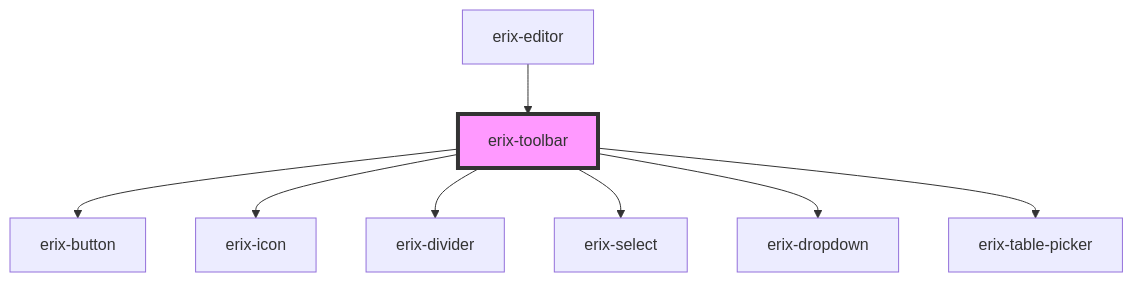
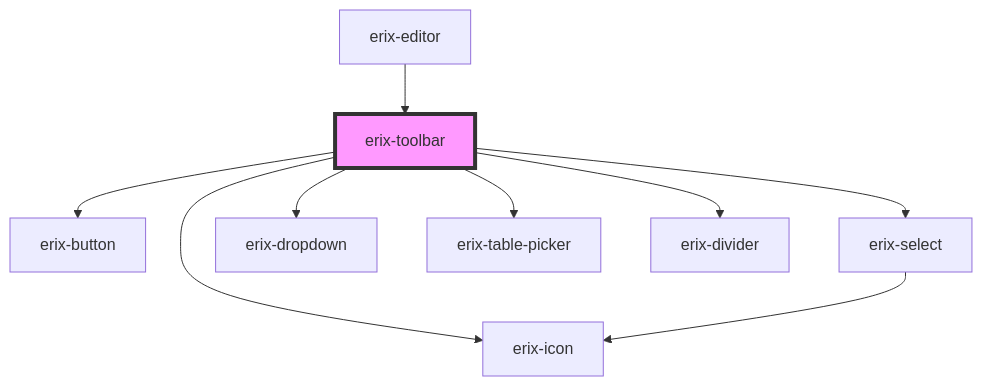
The diagram in src/components/toolbar/readme.md (NopeThisIsShini/erix_editor), drawn with Mermaid before and after one commit. The commit also changed other lines of this file and 17 other files, not shown here.

````diff
--- a/src/components/toolbar/readme.md
+++ b/src/components/toolbar/readme.md
@@ -49,11 +54,12 @@
 ```mermaid
 graph TD;
   erix-toolbar --> erix-button
   erix-toolbar --> erix-icon
-  erix-toolbar --> erix-divider
   erix-toolbar --> erix-select
   erix-toolbar --> erix-dropdown
   erix-toolbar --> erix-table-picker
+  erix-toolbar --> erix-divider
+  erix-select --> erix-icon
   erix-editor --> erix-toolbar
   style erix-toolbar fill:#f9f,stroke:#333,stroke-width:4px
 ```
````
